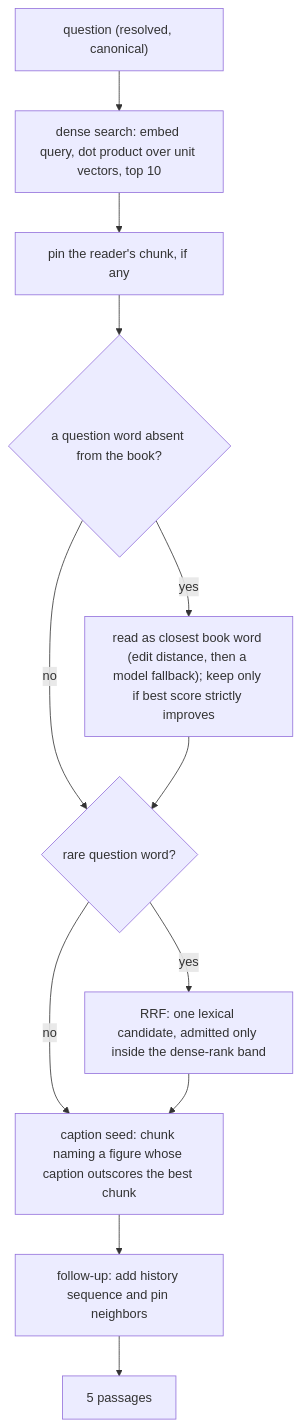
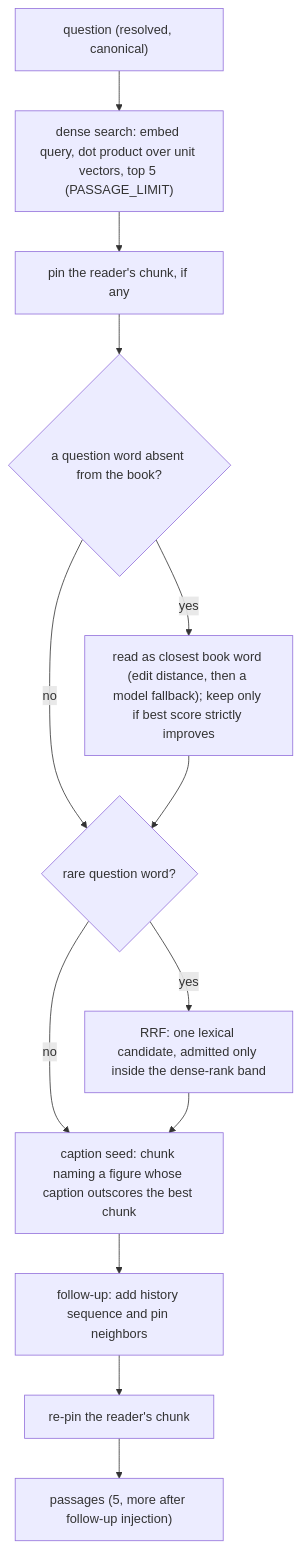
Before and after one commit to Skufu/NekoHon: the third of 4 diagrams in docs/ENGINEERING.md, drawn with Mermaid. The commit also changed other lines of this file and 2 other files, not shown here.

Commit message:
docs: D3 fixes — passage limit, retry conditions, plain-register prompt, rank-answers needs Ollama

````diff
--- a/docs/ENGINEERING.md
+++ b/docs/ENGINEERING.md
@@ -114,14 +114,15 @@
 ```mermaid
 flowchart TD
-  Q["question (resolved, canonical)"] --> D["dense search: embed query, dot product over unit vectors, top 10"]
+  Q["question (resolved, canonical)"] --> D["dense search: embed query, dot product over unit vectors, top 5 (PASSAGE_LIMIT)"]
   D --> Pin["pin the reader's chunk, if any"]
   Pin --> Rd{"a question word absent from the book?"}
   Rd -->|yes| Read["read as closest book word (edit distance, then a model fallback); keep only if best score strictly improves"]
   Rd -->|no| Gate
   Read --> Gate{"rare question word?"}
   Gate -->|yes| Fuse["RRF: one lexical candidate, admitted only inside the dense-rank band"]
   Gate -->|no| Cap
   Fuse --> Cap["caption seed: chunk naming a figure whose caption outscores the best chunk"]
   Cap --> Hist["follow-up: add history sequence and pin neighbors"]
-  Hist --> Out["5 passages"]
+  Hist --> Repin["re-pin the reader's chunk"]
+  Repin --> Out["passages (5, more after follow-up injection)"]
 ```
````
